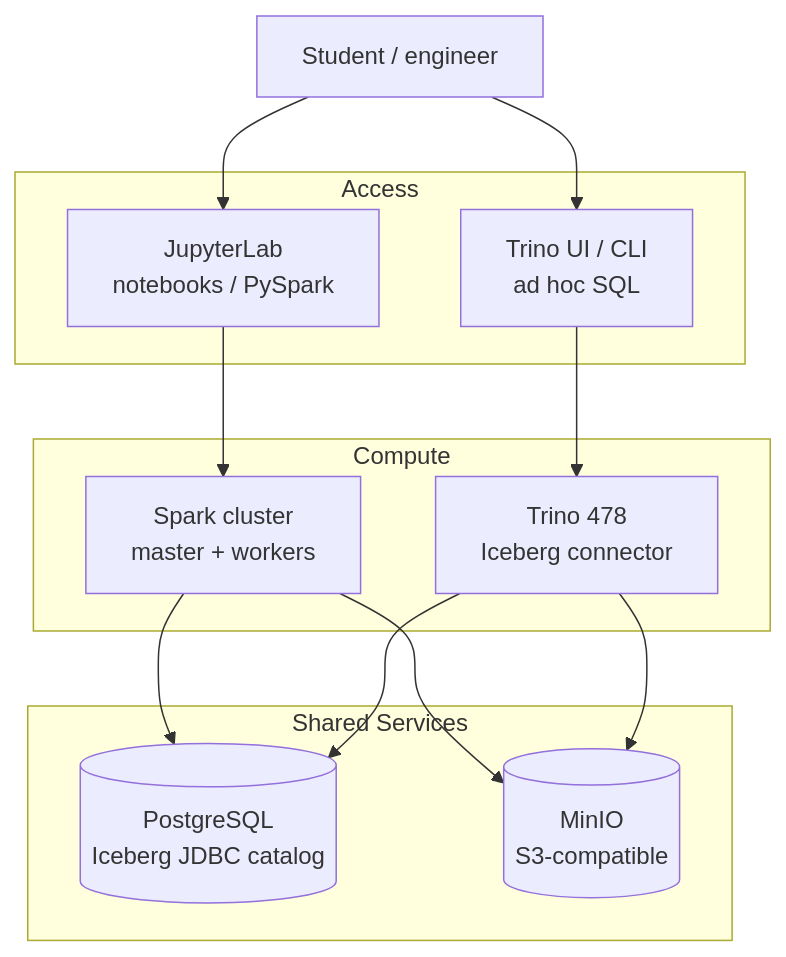
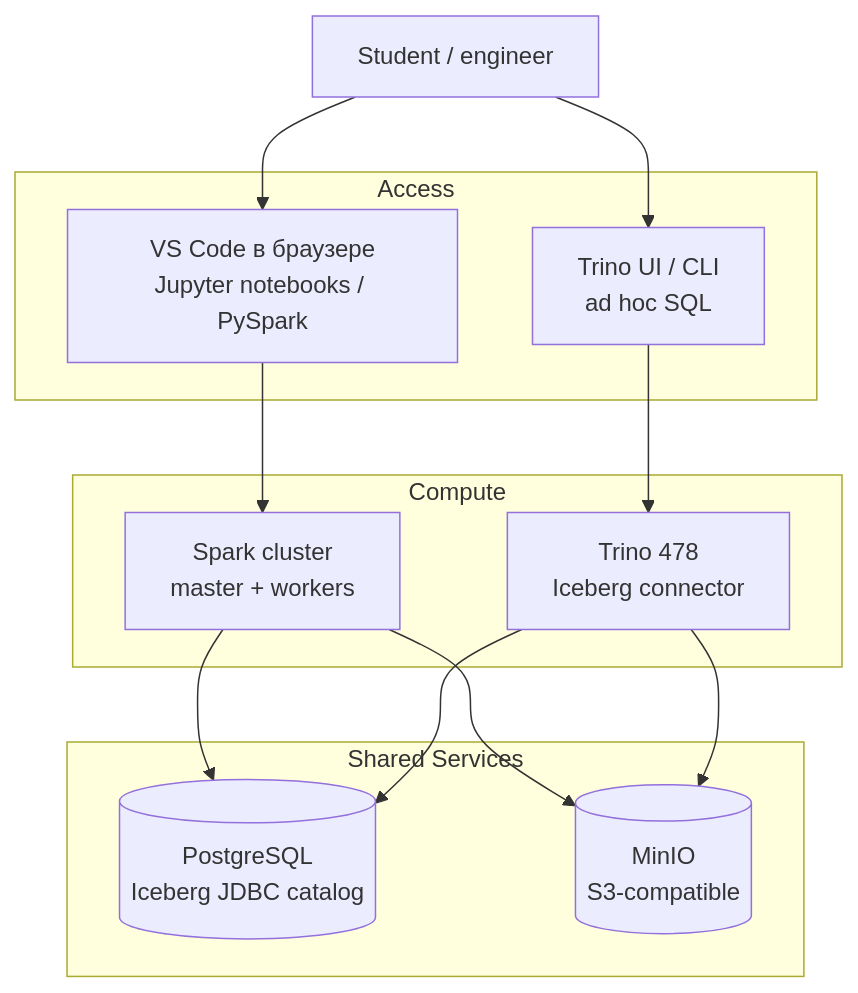
One commit to dementev-dev/mini-lakehouse-lab changed the diagram in README.md. Above: the diagram before and after it, drawn with Mermaid. The commit also changed other lines of this file and 14 other files, not shown here.

Commit message:
feat(ide): add browser VS Code for course notebooks

````diff
--- a/README.md
+++ b/README.md
@@ -22,28 +22,28 @@
 ```mermaid
 graph TB
     U[Student / engineer]
 
     subgraph Access
-        J[JupyterLab<br/>notebooks / PySpark]
+        J[VS Code в браузере<br/>Jupyter notebooks / PySpark]
         Q[Trino UI / CLI<br/>ad hoc SQL]
     end
 
     subgraph Compute
         S[Spark cluster<br/>master + workers]
         T[Trino 478<br/>Iceberg connector]
     end
 
     subgraph Shared Services
         P[(PostgreSQL<br/>Iceberg JDBC catalog)]
         M[(MinIO<br/>S3-compatible)]
     end
 
     U --> J
     U --> Q
     J --> S
     Q --> T
     S --> P
     S --> M
     T --> P
     T --> M
 ```
````
